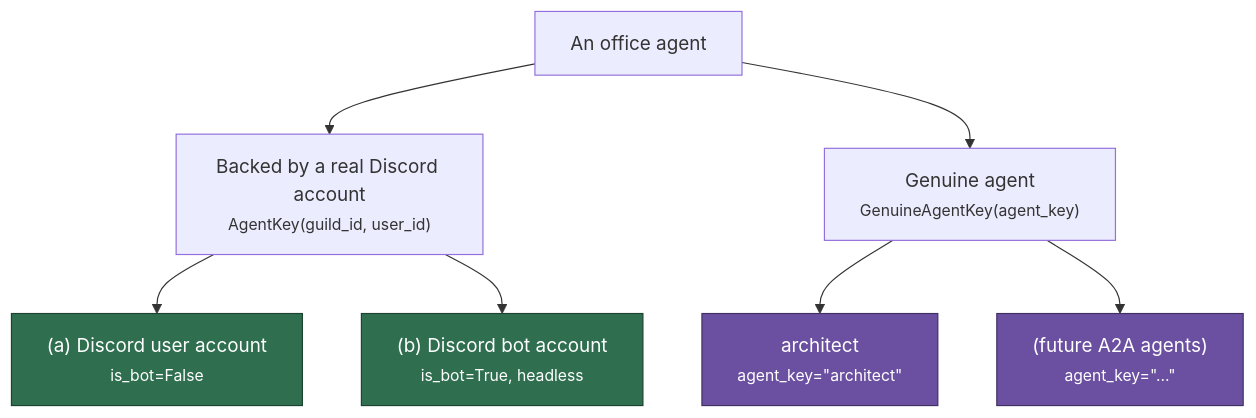
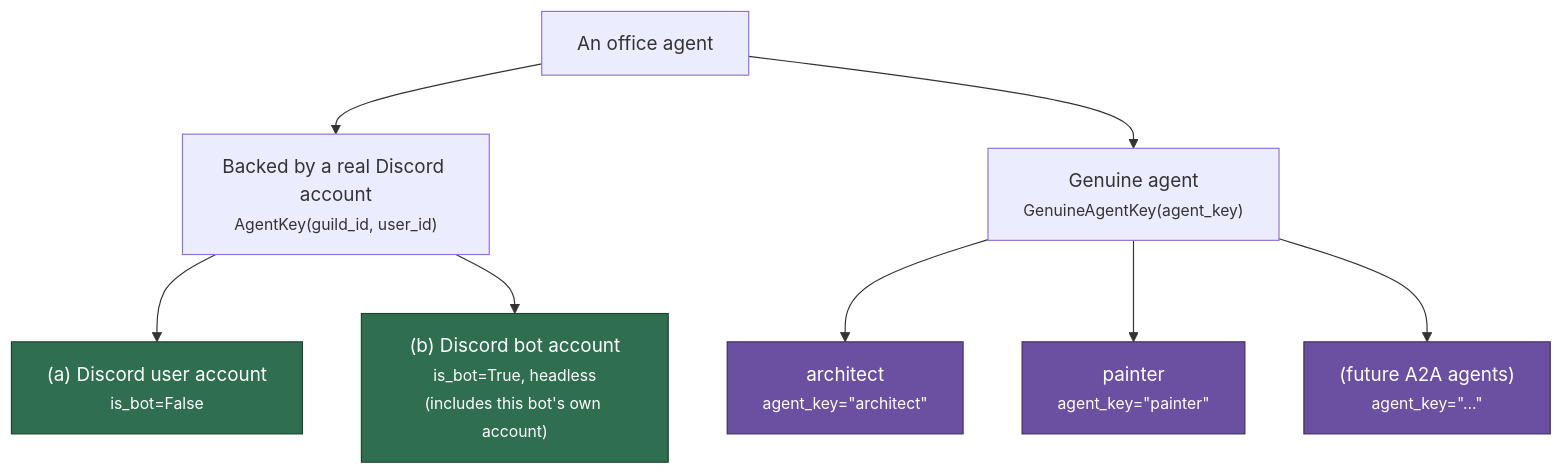
The second of 4 diagrams in docs/office-agent-identity-design.md (pixel-agents-hq/pixel-agents-cogs), drawn with Mermaid before and after one commit. The commit also changed other lines of this file and 1 other file, not shown here.

First line of the commit message:
docs(identity): rewrite office-agent and reply identity docs as current-state references

````diff
--- a/docs/office-agent-identity-design.md
+++ b/docs/office-agent-identity-design.md
@@ -107,18 +105,19 @@
 ```mermaid
 flowchart TB
     classDef discordish fill:#2f6f4f,stroke:#1c4230,color:#fff
     classDef genuine fill:#6b4fa0,stroke:#402f60,color:#fff
 
     Root["An office agent"]
     Root --> Discord["Backed by a real Discord account<br/><small>AgentKey(guild_id, user_id)</small>"]
     Root --> Genuine["Genuine agent<br/><small>GenuineAgentKey(agent_key)</small>"]
 
     Discord --> Human["(a) Discord user account<br/><small>is_bot=False</small>"]
-    Discord --> Bot["(b) Discord bot account<br/><small>is_bot=True, headless</small>"]
+    Discord --> Bot["(b) Discord bot account<br/><small>is_bot=True, headless<br/>(includes this bot's own account)</small>"]
 
     Genuine --> Architect["architect<br/><small>agent_key=&quot;architect&quot;</small>"]
+    Genuine --> Painter["painter<br/><small>agent_key=&quot;painter&quot;</small>"]
     Genuine --> More["(future A2A agents)<br/><small>agent_key=&quot;...&quot;</small>"]
 
     class Human,Bot discordish
-    class Architect,More genuine
+    class Architect,Painter,More genuine
 ```
````
